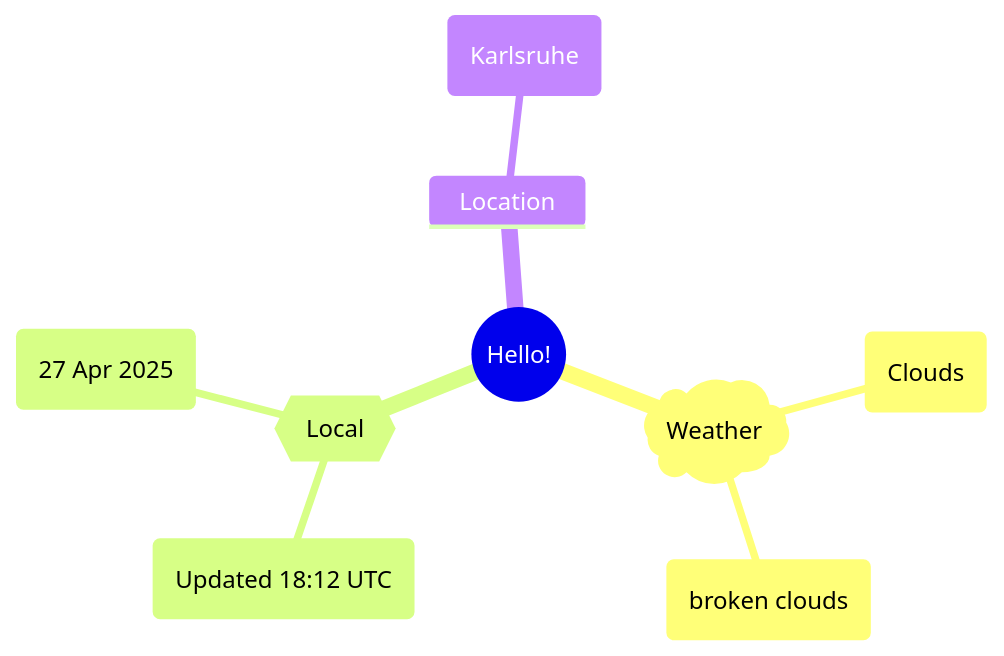
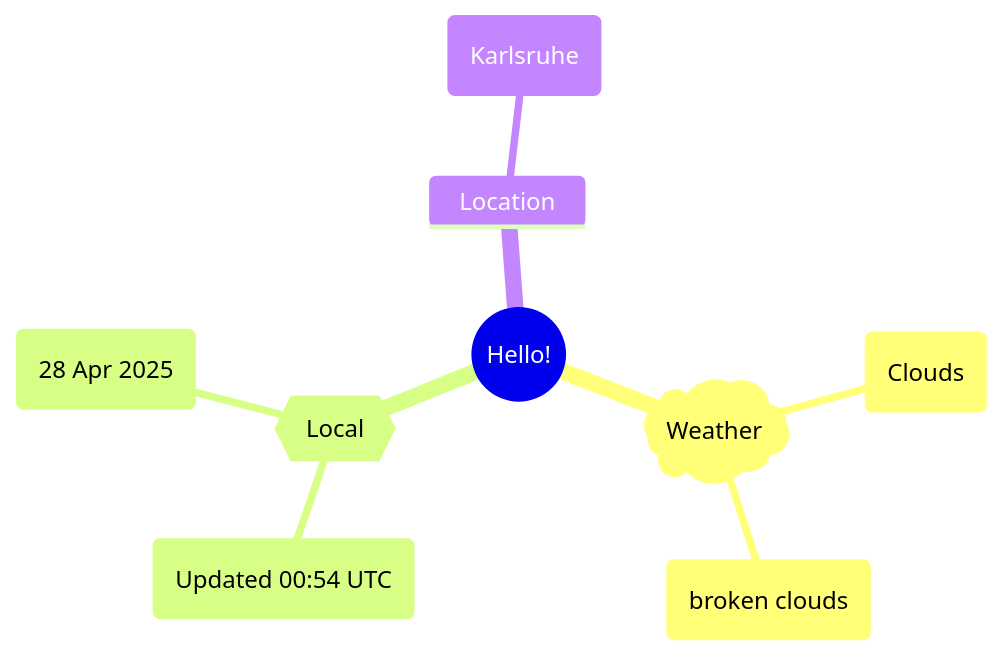
The first of 2 diagrams in README.md (Xosrov/Xosrov), drawn with Mermaid before and after one commit.

Commit message:
[bot] updated images

````diff
--- a/README.md
+++ b/README.md
@@ -3,12 +3,12 @@
 ```mermaid
 mindmap
   root((Hello!))
     )Weather(
         (Clouds)
         (broken clouds)
     {{Local}}
-        (Updated 18:12 UTC)
-        (27 Apr 2025)
+        (Updated 00:54 UTC)
+        (28 Apr 2025)
     Location
         (Karlsruhe)
 ```
````
